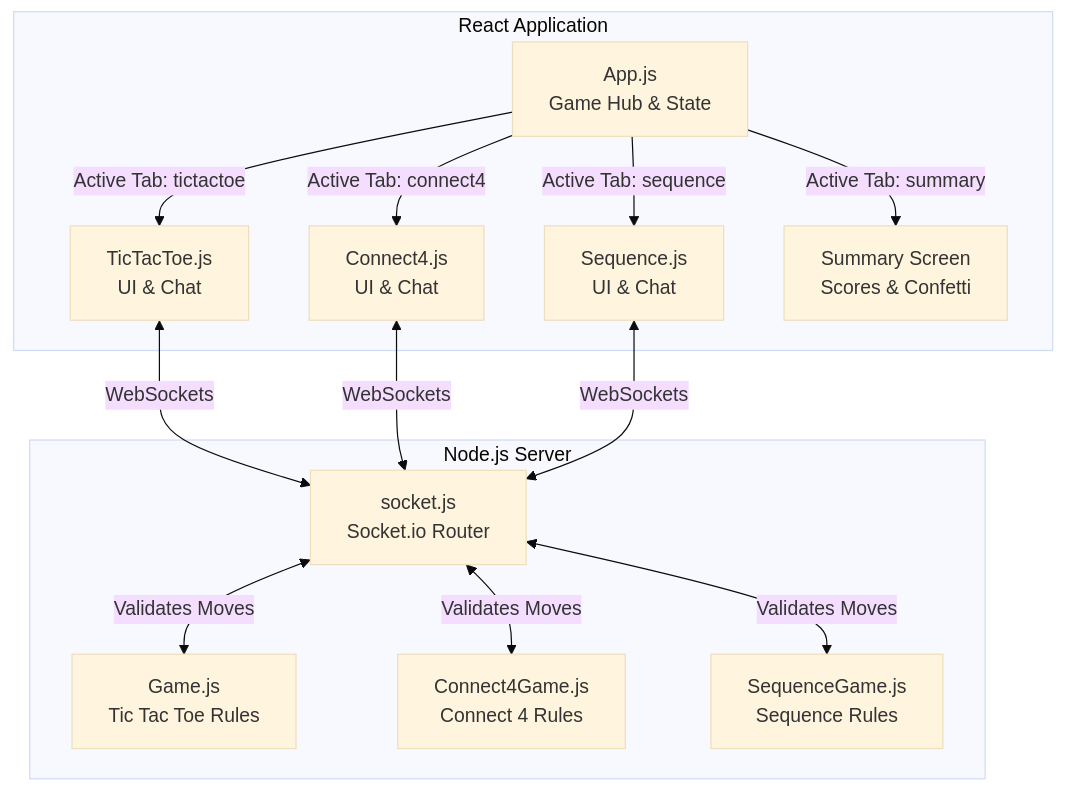
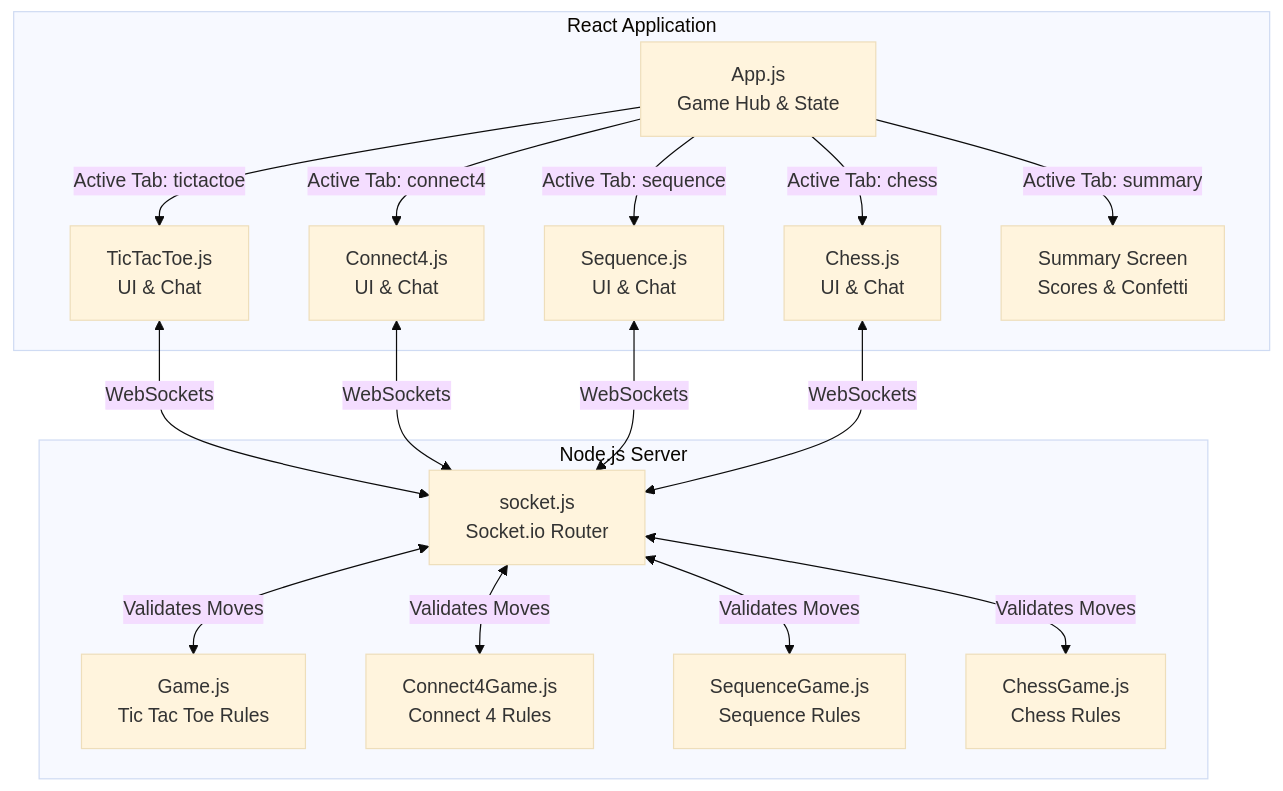
One commit to vinayreddyverama/Projects changed the first of 2 diagrams in Reactprojects/tictactoe/WORKFLOW.md. Above: the diagram before and after it, drawn with Mermaid (base theme). The commit also changed other lines of this file and 13 other files, not shown here.

````diff
--- a/Reactprojects/tictactoe/WORKFLOW.md
+++ b/Reactprojects/tictactoe/WORKFLOW.md
@@ -18,33 +19,38 @@
 ```mermaid
 graph TD
     %% Frontend Components
     subgraph Frontend [React Application]
         App[App.js<br>Game Hub & State]
         TTT[TicTacToe.js<br>UI & Chat]
         C4[Connect4.js<br>UI & Chat]
         Seq[Sequence.js<br>UI & Chat]
+        Chess[Chess.js<br>UI & Chat]
         Summary[Summary Screen<br>Scores & Confetti]
         
         App -->|Active Tab: tictactoe| TTT
         App -->|Active Tab: connect4| C4
         App -->|Active Tab: sequence| Seq
+        App -->|Active Tab: chess| Chess
         App -->|Active Tab: summary| Summary
     end
 
     %% Backend Server
     subgraph Backend [Node.js Server]
         Socket[socket.js<br>Socket.io Router]
         TTTEngine[Game.js<br>Tic Tac Toe Rules]
         C4Engine[Connect4Game.js<br>Connect 4 Rules]
         SeqEngine[SequenceGame.js<br>Sequence Rules]
+        ChessEngine[ChessGame.js<br>Chess Rules]
         
         Socket <-->|Validates Moves| TTTEngine
         Socket <-->|Validates Moves| C4Engine
         Socket <-->|Validates Moves| SeqEngine
+        Socket <-->|Validates Moves| ChessEngine
     end
 
     %% Connections
     TTT <-->|WebSockets| Socket
     C4 <-->|WebSockets| Socket
     Seq <-->|WebSockets| Socket
+    Chess <-->|WebSockets| Socket
 ```
````
